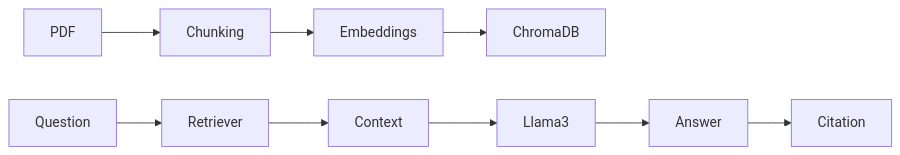
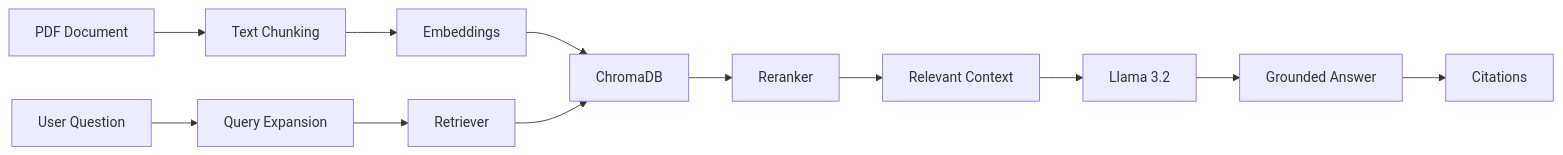
One commit to manojkr-ai-labs/ai-document-chat-rag changed the second of 2 diagrams in README.md. Above: the diagram before and after it, drawn with Mermaid. The commit also changed other lines of this file, not shown here.

````diff
--- a/README.md
+++ b/README.md
@@ -155,19 +174,14 @@
 ```mermaid
 flowchart LR
-
-PDF --> Chunking
-
-Chunking --> Embeddings
-
-Embeddings --> ChromaDB
-
-Question --> Retriever
-
-Retriever --> Context
-
-Context --> Llama3
-
-Llama3 --> Answer
-
-Answer --> Citation
+    PDF[PDF Document] --> Chunking[Text Chunking]
+    Chunking --> Embeddings[Embeddings]
+    Embeddings --> Chroma[ChromaDB]
+    Question[User Question] --> Expansion[Query Expansion]
+    Expansion --> Retriever[Retriever]
+    Retriever --> Chroma
+    Chroma --> Reranker[Reranker]
+    Reranker --> Context[Relevant Context]
+    Context --> LLM[Llama 3.2]
+    LLM --> Answer[Grounded Answer]
+    Answer --> Citation[Citations]
 ```
````
